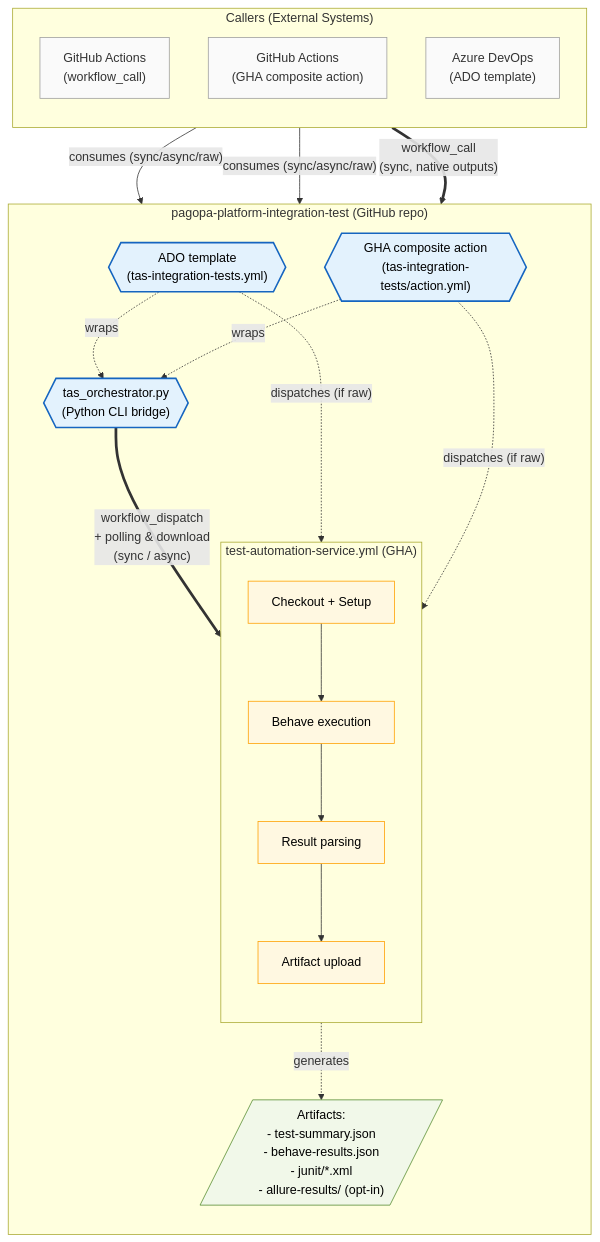
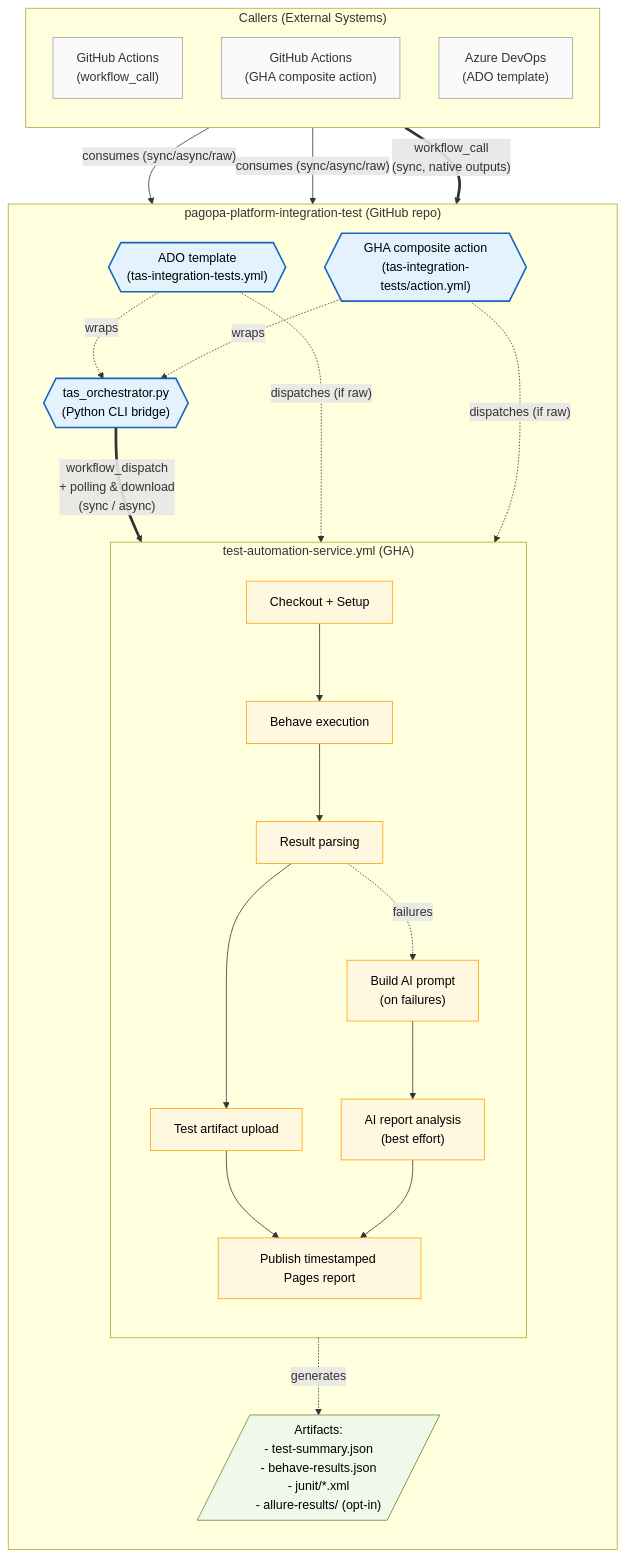
One commit to pagopa/pagopa-platform-integration-test changed the diagram in docs/tas/tas-architecture.md. Above: the diagram before and after it, drawn with Mermaid. The commit also changed other lines of this file and 12 other files, not shown here.

````diff
--- a/docs/tas/tas-architecture.md
+++ b/docs/tas/tas-architecture.md
@@ -16,50 +16,54 @@
 ```mermaid
 flowchart TB
 %% Stile per migliorare la leggibilità
   classDef caller  fill:#fafafa,stroke:#9e9e9e,stroke-width:1px,color:#333
   classDef gateway fill:#e3f2fd,stroke:#1565c0,stroke-width:2px,color:#000
   classDef work    fill:#fff8e1,stroke:#ffa000,stroke-width:1px,color:#000
   classDef art     fill:#f1f8e9,stroke:#558b2f,stroke-width:1px,color:#000
 
   subgraph CALLERS["Callers (External Systems)"]
     direction TB
     A["GitHub Actions<br/>(workflow_call)"]:::caller
     GHA_TPL["GitHub Actions<br/>(GHA composite action)"]:::caller
     D["Azure DevOps<br/>(ADO template)"]:::caller
   end
 
   subgraph TAS["pagopa-platform-integration-test (GitHub repo)"]
     direction TB
     TEMPLATE{{"ADO template<br/>(tas-integration-tests.yml)"}}:::gateway
     ACTION{{"GHA composite action<br/>(tas-integration-tests/action.yml)"}}:::gateway
     SCRIPT{{"tas_orchestrator.py<br/>(Python CLI bridge)"}}:::gateway
 
     subgraph WORKFLOW["test-automation-service.yml (GHA)"]
       direction TB
       W1["Checkout + Setup"]:::work
       W2["Behave execution"]:::work
       W3["Result parsing"]:::work
-      W4["Artifact upload"]:::work
+      W4["Test artifact upload"]:::work
+      W5["Build AI prompt<br/>(on failures)"]:::work
+      AI["AI report analysis<br/>(best effort)"]:::work
+      W6["Publish timestamped Pages report"]:::work
 
-      W1 --> W2 --> W3 --> W4
+      W1 --> W2 --> W3 --> W4 --> W6
+      W3 -. "failures" .-> W5 --> AI --> W6
     end
 
     RESULTS[/"Artifacts:<br/>- test-summary.json<br/>- behave-results.json<br/>- junit/*.xml<br/>- allure-results/ (opt-in)"/]:::art
 
     W3 -. "generates" .-> RESULTS
   end
 
 %% Callers → Gateways
   D       -- "consumes (sync/async/raw)" --> TEMPLATE
   GHA_TPL -- "consumes (sync/async/raw)" --> ACTION
 
 %% Gateways wrap script
   TEMPLATE -. "wraps" .-> SCRIPT
   ACTION   -. "wraps" .-> SCRIPT
 
 %% Callers / Gateways → Workflow
   A        == "workflow_call<br/>(sync, native outputs)"           ==> WORKFLOW
   SCRIPT   == "workflow_dispatch<br/>+ polling & download<br/>(sync / async)" ==> WORKFLOW
   TEMPLATE -. "dispatches (if raw)" .-> WORKFLOW
   ACTION   -. "dispatches (if raw)" .-> WORKFLOW
 ```
````
